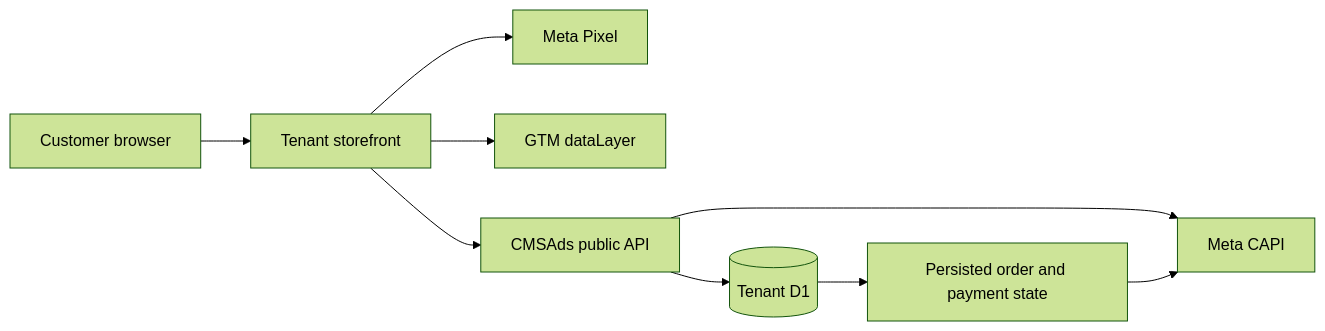
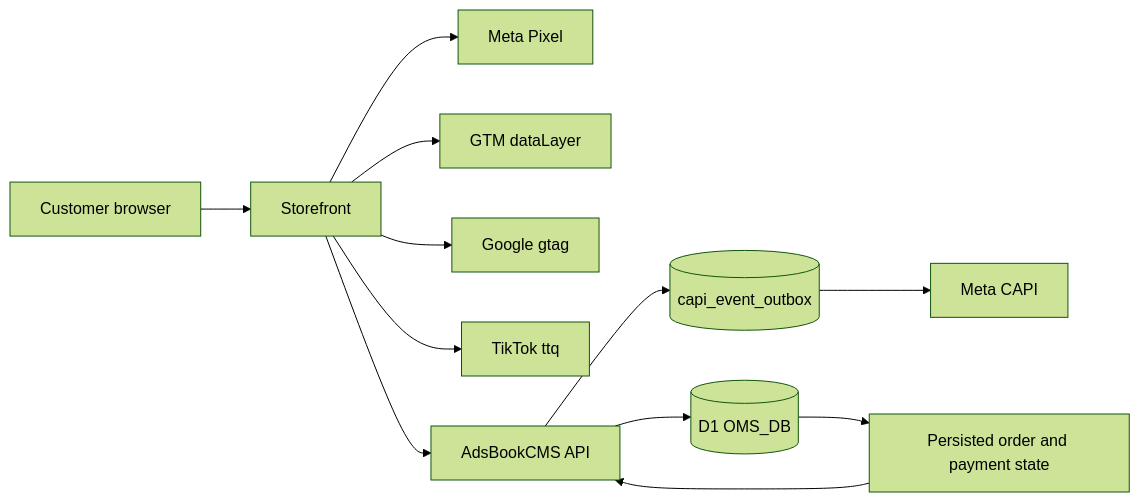
One commit to ongkipro/permatamall changed the diagram in TRACKING_SPECS.md. Above: the diagram before and after it, drawn with Mermaid (forest theme). The commit also changed other lines of this file and 561 other files, not shown here.

````diff
--- a/TRACKING_SPECS.md
+++ b/TRACKING_SPECS.md
@@ -7,11 +11,14 @@
 ```mermaid
 flowchart LR
-    U[Customer browser] --> F[Tenant storefront]
+    U[Customer browser] --> F[Storefront]
     F --> PX[Meta Pixel]
     F --> GTM[GTM dataLayer]
-    F --> API[CMSAds public API]
-    API --> D1[(Tenant D1)]
-    API --> CAPI[Meta CAPI]
+    F --> GA[Google gtag]
+    F --> TT[TikTok ttq]
+    F --> API[AdsBookCMS API]
+    API --> OB[(capi_event_outbox)]
+    OB --> CAPI[Meta CAPI]
+    API --> D1[(D1 OMS_DB)]
     D1 --> O[Persisted order and payment state]
-    O --> CAPI
+    O --> API
 ```
````
